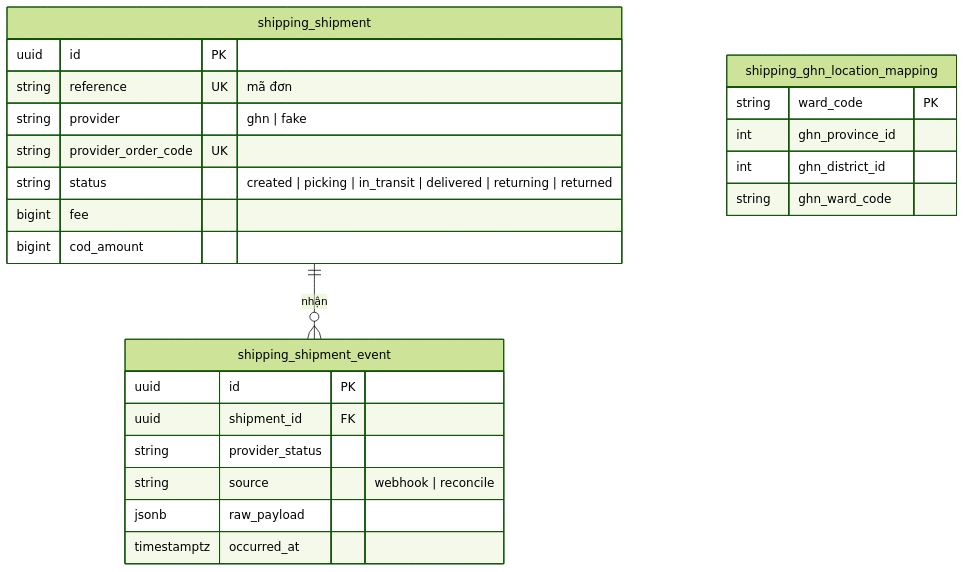
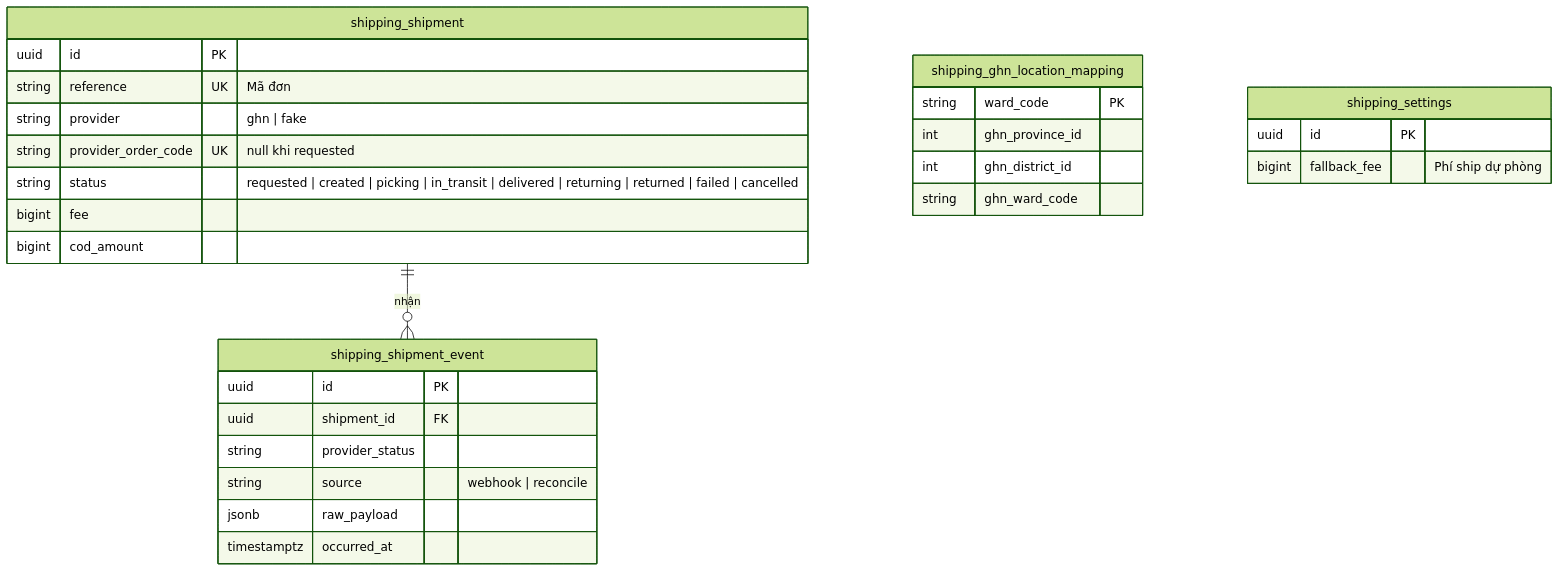
One commit to LuongCongThanh/boilerplate-ecommerce-next-16 changed the seventh of 9 diagrams in docs/architecture/03-data-model.md. Above: the diagram before and after it, drawn with Mermaid (forest theme). The commit also changed other lines of this file and 21 other files, not shown here.

First line of the commit message:
docs: resolve architecture review findings

````diff
--- a/docs/architecture/03-data-model.md
+++ b/docs/architecture/03-data-model.md
@@ -285,27 +310,31 @@
 ```mermaid
 erDiagram
     shipping_shipment ||--o{ shipping_shipment_event : "nhận"
     shipping_shipment {
         uuid id PK
-        string reference UK "mã đơn"
+        string reference UK "Mã đơn"
         string provider "ghn | fake"
-        string provider_order_code UK
-        string status "created | picking | in_transit | delivered | returning | returned"
+        string provider_order_code UK "null khi requested"
+        string status "requested | created | picking | in_transit | delivered | returning | returned | failed | cancelled"
         bigint fee
         bigint cod_amount
     }
     shipping_shipment_event {
         uuid id PK
         uuid shipment_id FK
         string provider_status
         string source "webhook | reconcile"
         jsonb raw_payload
         timestamptz occurred_at
     }
     shipping_ghn_location_mapping {
         string ward_code PK
         int ghn_province_id
         int ghn_district_id
         string ghn_ward_code
     }
+    shipping_settings {
+        uuid id PK
+        bigint fallback_fee "Phí ship dự phòng"
+    }
 ```
````
